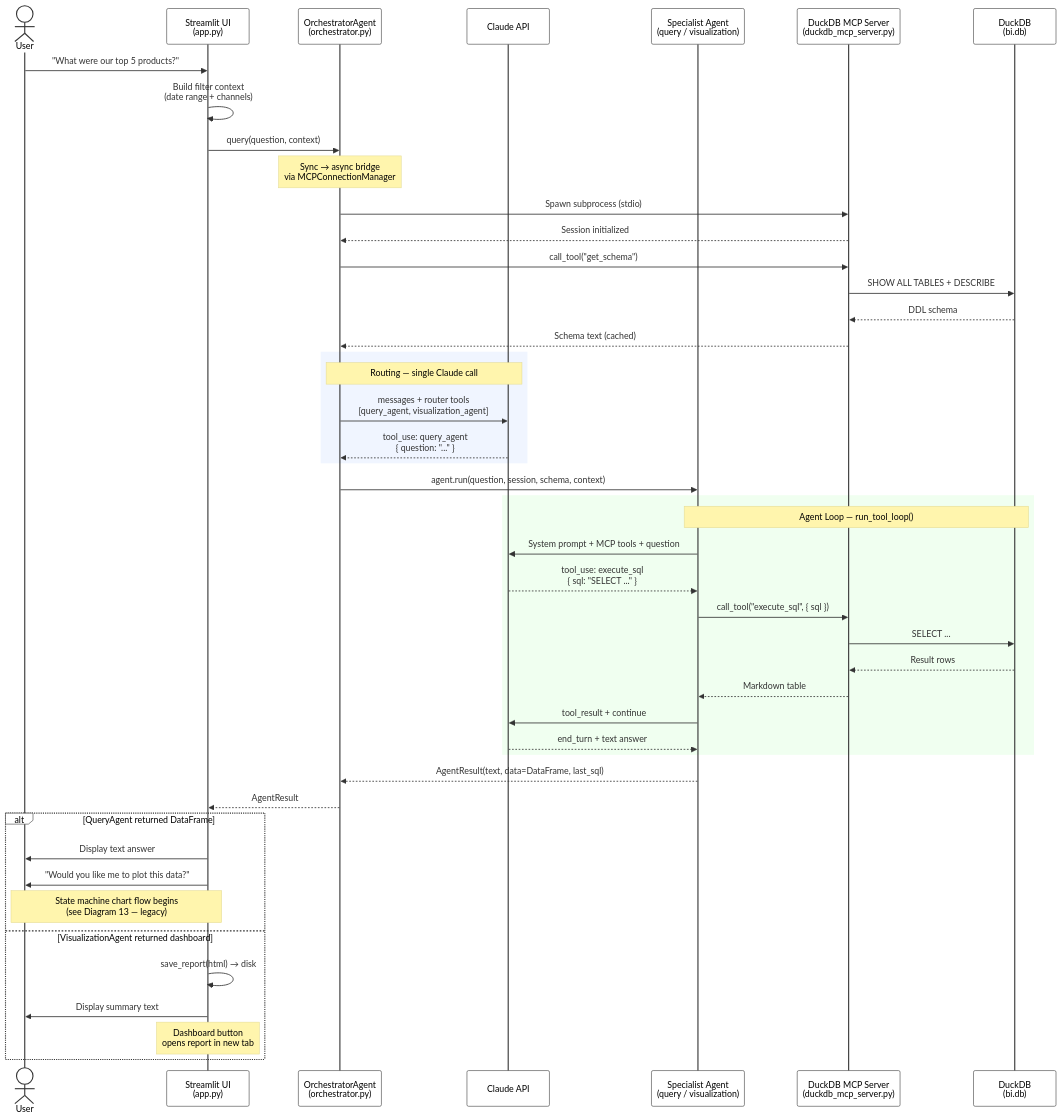
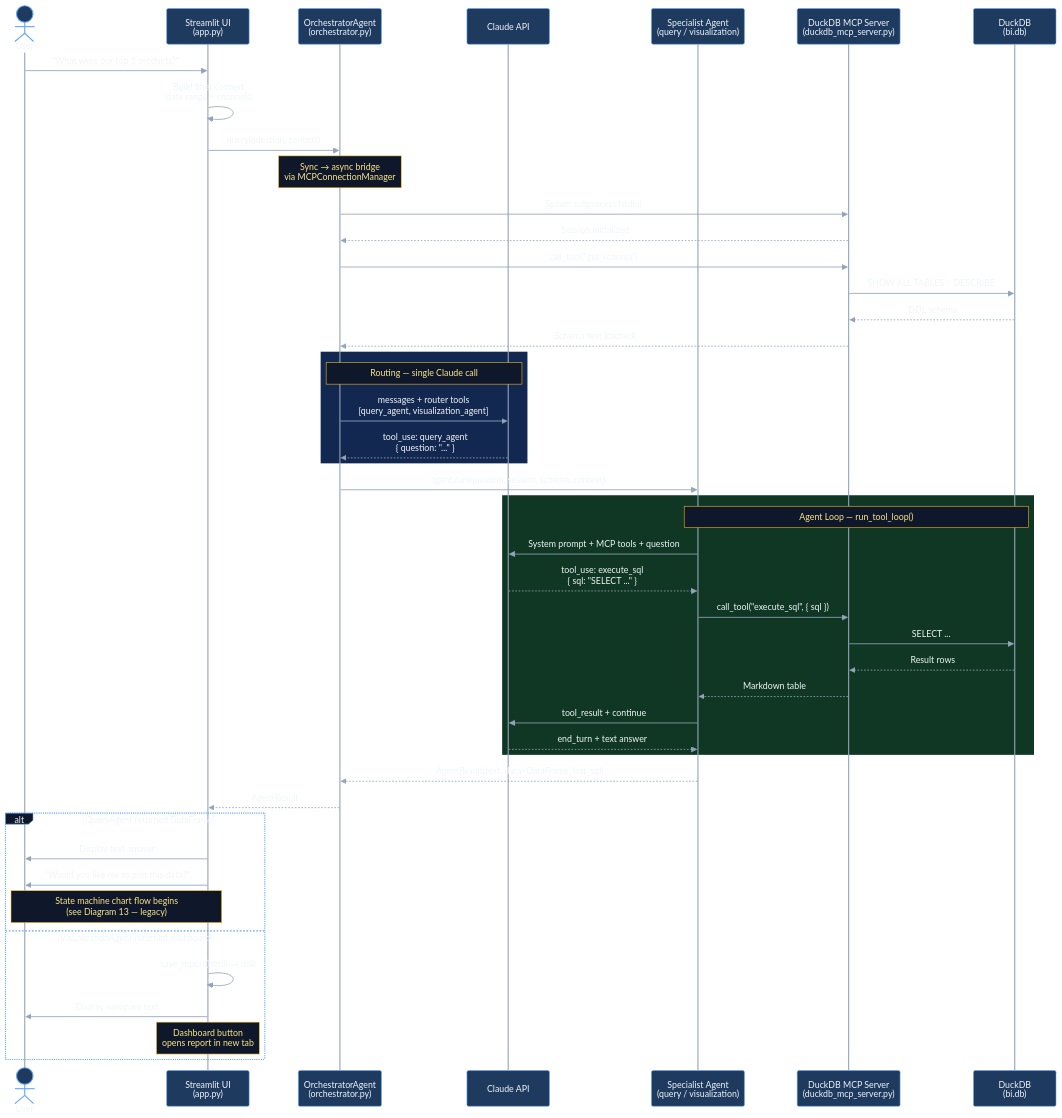
One commit to suryapatnaik1/llm-bi-chat-langgraph changed diagram 14 of 15 in docs/diagrams/diagrams.md. Above: the diagram before and after it, drawn with Mermaid. The commit also changed other lines of this file, not shown here.

Commit message:
fix mermaid sequence diagram contrast for dark theme

````diff
--- a/docs/diagrams/diagrams.md
+++ b/docs/diagrams/diagrams.md
@@ -586,57 +586,57 @@
 ```mermaid
-%%{init: {'theme': 'base', 'themeVariables': {'actorTextColor': '#000000', 'noteTextColor': '#000000', 'loopTextColor': '#000000', 'labelTextColor': '#000000', 'actorBkg': '#ffffff', 'actorBorder': '#333333'}}}%%
+%%{init: {'theme': 'base', 'themeVariables': {'background': '#1e293b', 'primaryColor': '#1e3a5f', 'primaryTextColor': '#f1f5f9', 'primaryBorderColor': '#60a5fa', 'lineColor': '#94a3b8', 'actorBkg': '#1e3a5f', 'actorTextColor': '#f1f5f9', 'actorBorder': '#60a5fa', 'actorLineColor': '#94a3b8', 'signalColor': '#94a3b8', 'signalTextColor': '#f1f5f9', 'labelBoxBkgColor': '#0f172a', 'labelBoxBorderColor': '#60a5fa', 'labelTextColor': '#f1f5f9', 'loopTextColor': '#f1f5f9', 'noteBorderColor': '#fbbf24', 'noteBkgColor': '#0f172a', 'noteTextColor': '#fde68a', 'activationBorderColor': '#60a5fa', 'activationBkgColor': '#1e3a5f', 'sequenceNumberColor': '#f1f5f9'}}}%%
 sequenceDiagram
     actor User
     participant UI as Streamlit UI<br/>(app.py)
     participant Orch as OrchestratorAgent<br/>(orchestrator.py)
     participant Claude as Claude API
     participant Agent as Specialist Agent<br/>(query / visualization)
     participant MCP as DuckDB MCP Server<br/>(duckdb_mcp_server.py)
     participant DB as DuckDB<br/>(bi.db)
 
     User->>UI: "What were our top 5 products?"
     UI->>UI: Build filter context<br/>(date range + channels)
     UI->>Orch: query(question, context)
 
     Note over Orch: Sync → async bridge<br/>via MCPConnectionManager
 
     Orch->>MCP: Spawn subprocess (stdio)
     MCP-->>Orch: Session initialized
     Orch->>MCP: call_tool("get_schema")
     MCP->>DB: SHOW ALL TABLES + DESCRIBE
     DB-->>MCP: DDL schema
     MCP-->>Orch: Schema text (cached)
 
-    rect rgb(240, 245, 255)
+    rect rgb(18, 40, 80)
         Note over Orch,Claude: Routing — single Claude call
         Orch->>Claude: messages + router tools<br/>[query_agent, visualization_agent]
         Claude-->>Orch: tool_use: query_agent<br/>{ question: "..." }
     end
 
     Orch->>Agent: agent.run(question, session, schema, context)
 
-    rect rgb(240, 255, 240)
+    rect rgb(15, 55, 35)
         Note over Agent,DB: Agent Loop — run_tool_loop()
         Agent->>Claude: System prompt + MCP tools + question
         Claude-->>Agent: tool_use: execute_sql<br/>{ sql: "SELECT ..." }
         Agent->>MCP: call_tool("execute_sql", { sql })
         MCP->>DB: SELECT ...
         DB-->>MCP: Result rows
         MCP-->>Agent: Markdown table
         Agent->>Claude: tool_result + continue
         Claude-->>Agent: end_turn + text answer
     end
 
     Agent-->>Orch: AgentResult(text, data=DataFrame, last_sql)
     Orch-->>UI: AgentResult
 
     alt QueryAgent returned DataFrame
         UI->>User: Display text answer
         UI->>User: "Would you like me to plot this data?"
         Note over UI,User: State machine chart flow begins<br/>(see Diagram 13 — legacy)
     else VisualizationAgent returned dashboard
         UI->>UI: save_report(html) → disk
         UI->>User: Display summary text
         Note over UI: Dashboard button<br/>opens report in new tab
     end
 ```
````
